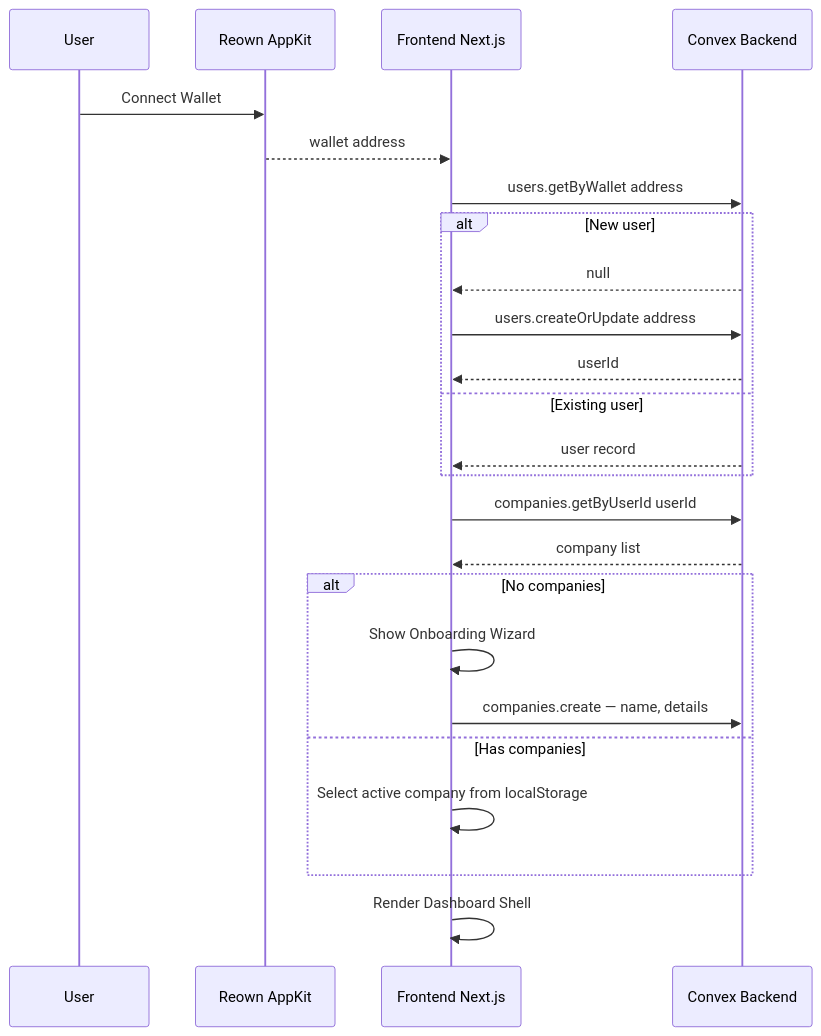
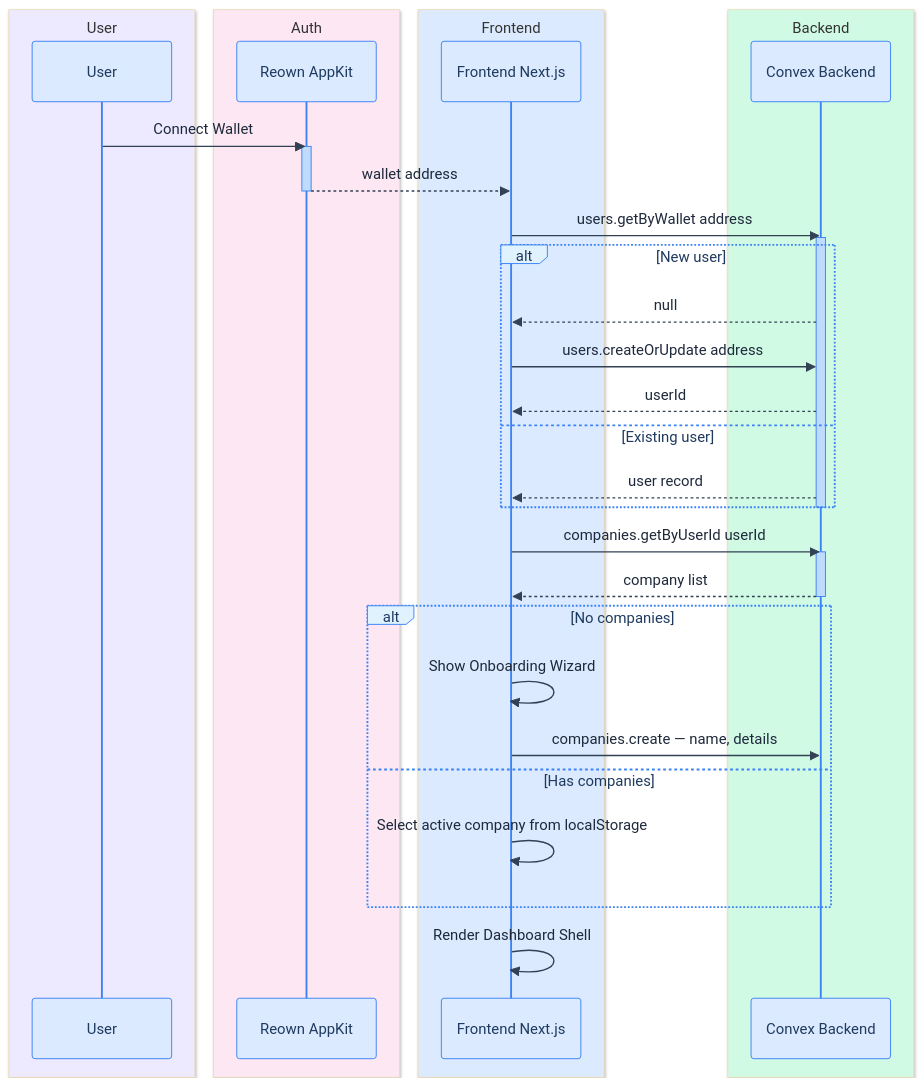
One commit to Cannes2026EthGlobal/webapp changed the seventh of 8 diagrams in ARCHITECTURE.md. Above: the diagram before and after it, drawn with Mermaid. The commit also changed other lines of this file, not shown here.

First line of the commit message:
docs: add colors, themed styling, and legend to architecture diagrams

````diff
--- a/ARCHITECTURE.md
+++ b/ARCHITECTURE.md
@@ -176,27 +314,42 @@
 ```mermaid
+%%{init: {'theme': 'base', 'themeVariables': {'actorBkg': '#dbeafe', 'actorBorder': '#3b82f6', 'actorTextColor': '#1e3a5f', 'activationBkgColor': '#bfdbfe', 'activationBorderColor': '#3b82f6', 'signalColor': '#334155', 'signalTextColor': '#1e293b', 'noteBkgColor': '#fef9c3', 'noteBorderColor': '#eab308', 'noteTextColor': '#713f12', 'altSectionBkgColor': '#f0fdf4', 'labelBoxBkgColor': '#e0f2fe'}}}%%
 sequenceDiagram
-    participant U as User
-    participant RO as Reown AppKit
-    participant FE as Frontend Next.js
-    participant CX as Convex Backend
+    box rgb(237, 233, 254) User
+        participant U as User
+    end
+    box rgb(252, 231, 243) Auth
+        participant RO as Reown AppKit
+    end
+    box rgb(219, 234, 254) Frontend
+        participant FE as Frontend Next.js
+    end
+    box rgb(209, 250, 229) Backend
+        participant CX as Convex Backend
+    end
 
     U->>RO: Connect Wallet
+    activate RO
     RO-->>FE: wallet address
+    deactivate RO
     FE->>CX: users.getByWallet address
+    activate CX
     alt New user
         CX-->>FE: null
         FE->>CX: users.createOrUpdate address
         CX-->>FE: userId
     else Existing user
         CX-->>FE: user record
     end
+    deactivate CX
     FE->>CX: companies.getByUserId userId
+    activate CX
     CX-->>FE: company list
+    deactivate CX
     alt No companies
         FE->>FE: Show Onboarding Wizard
         FE->>CX: companies.create — name, details
     else Has companies
         FE->>FE: Select active company from localStorage
     end
     FE->>FE: Render Dashboard Shell
 ```
````
